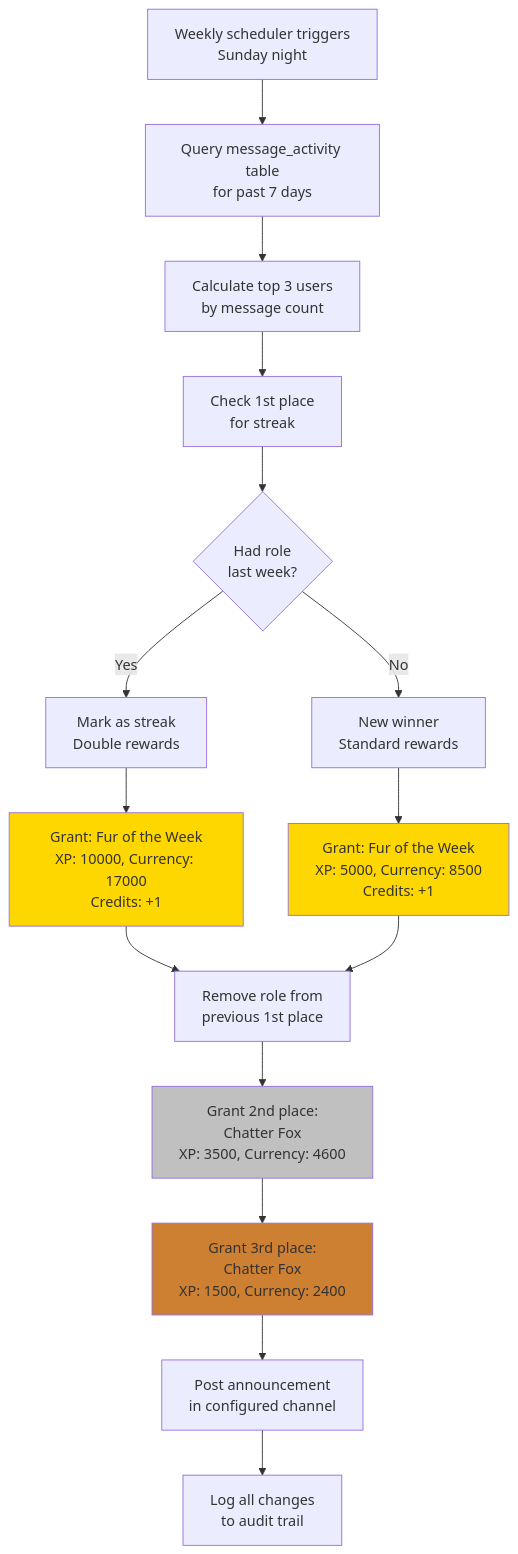
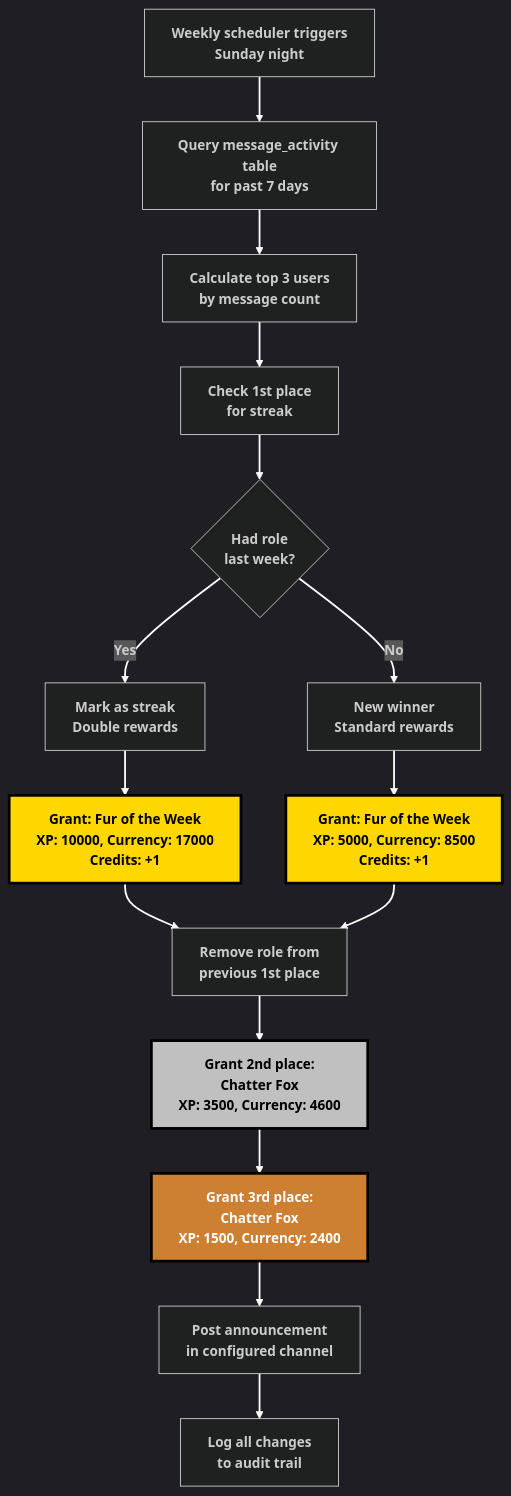
One commit to watchthelight/pawtech-v2 changed the seventh of 9 diagrams in docs/roadmap/ROLE_AUTOMATION_PLAN.md. Above: the diagram before and after it, drawn with Mermaid. The commit also changed other lines of this file, not shown here.

Commit message:
Chart visibility updates

````diff
--- a/docs/roadmap/ROLE_AUTOMATION_PLAN.md
+++ b/docs/roadmap/ROLE_AUTOMATION_PLAN.md
@@ -735,22 +754,25 @@
 ```mermaid
+%%{init: {'theme':'dark', 'themeVariables': { 'fontSize':'15px'}}}%%
 flowchart TD
-    A[Weekly scheduler triggers<br/>Sunday night] --> B[Query message_activity table<br/>for past 7 days]
-    B --> C[Calculate top 3 users<br/>by message count]
-    C --> D[Check 1st place<br/>for streak]
-    D --> E{Had role<br/>last week?}
-    E -->|Yes| F[Mark as streak<br/>Double rewards]
-    E -->|No| G[New winner<br/>Standard rewards]
-    F --> H[Grant: Fur of the Week<br/>XP: 10000, Currency: 17000<br/>Credits: +1]
-    G --> I[Grant: Fur of the Week<br/>XP: 5000, Currency: 8500<br/>Credits: +1]
-    H --> J[Remove role from<br/>previous 1st place]
+    A["<b>Weekly scheduler triggers<br/>Sunday night</b>"] --> B["<b>Query message_activity table<br/>for past 7 days</b>"]
+    B --> C["<b>Calculate top 3 users<br/>by message count</b>"]
+    C --> D["<b>Check 1st place<br/>for streak</b>"]
+    D --> E{"<b>Had role<br/>last week?</b>"}
+    E -->|"<b>Yes</b>"| F["<b>Mark as streak<br/>Double rewards</b>"]
+    E -->|"<b>No</b>"| G["<b>New winner<br/>Standard rewards</b>"]
+    F --> H["<b>Grant: Fur of the Week<br/>XP: 10000, Currency: 17000<br/>Credits: +1</b>"]
+    G --> I["<b>Grant: Fur of the Week<br/>XP: 5000, Currency: 8500<br/>Credits: +1</b>"]
+    H --> J["<b>Remove role from<br/>previous 1st place</b>"]
     I --> J
-    J --> K[Grant 2nd place:<br/>Chatter Fox<br/>XP: 3500, Currency: 4600]
-    K --> L[Grant 3rd place:<br/>Chatter Fox<br/>XP: 1500, Currency: 2400]
-    L --> M[Post announcement<br/>in configured channel]
-    M --> N[Log all changes<br/>to audit trail]
+    J --> K["<b>Grant 2nd place:<br/>Chatter Fox<br/>XP: 3500, Currency: 4600</b>"]
+    K --> L["<b>Grant 3rd place:<br/>Chatter Fox<br/>XP: 1500, Currency: 2400</b>"]
+    L --> M["<b>Post announcement<br/>in configured channel</b>"]
+    M --> N["<b>Log all changes<br/>to audit trail</b>"]
 
-    style H fill:#FFD700
-    style I fill:#FFD700
-    style K fill:#C0C0C0
-    style L fill:#CD7F32
+    style H fill:#FFD700,stroke:#000,stroke-width:3px,color:#000
+    style I fill:#FFD700,stroke:#000,stroke-width:3px,color:#000
+    style K fill:#C0C0C0,stroke:#000,stroke-width:3px,color:#000
+    style L fill:#CD7F32,stroke:#000,stroke-width:3px,color:#fff
+
+    linkStyle default stroke:#fff,stroke-width:2px
 ```
````
